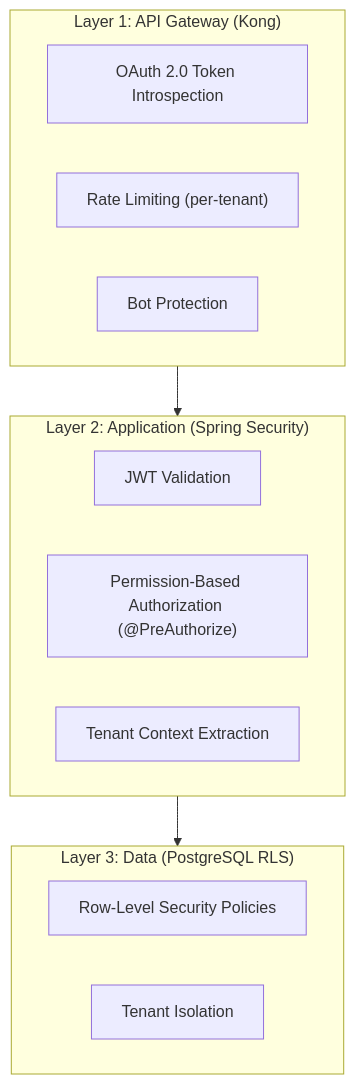
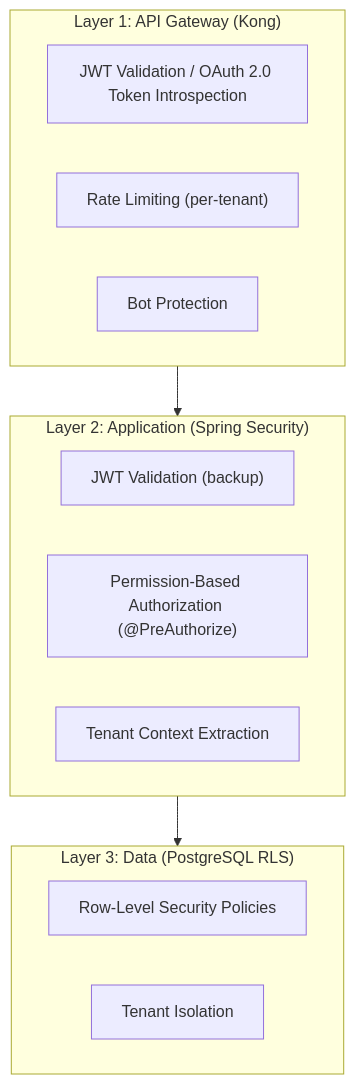
Diagram 21 of 41 in README.md (simbataisa/tcb-paylink-arch), drawn with Mermaid before and after one commit. The commit also changed other lines of this file and 2 other files, not shown here.

````diff
--- a/README.md
+++ b/README.md
@@ -929,21 +937,21 @@
 ```mermaid
 flowchart TB
     subgraph Layer1["Layer 1: API Gateway (Kong)"]
-        L1A["OAuth 2.0 Token Introspection"]
+        L1A["JWT Validation / OAuth 2.0 Token Introspection"]
         L1B["Rate Limiting (per-tenant)"]
         L1C["Bot Protection"]
     end
 
     subgraph Layer2["Layer 2: Application (Spring Security)"]
-        L2A["JWT Validation"]
+        L2A["JWT Validation (backup)"]
         L2B["Permission-Based Authorization (@PreAuthorize)"]
         L2C["Tenant Context Extraction"]
     end
 
     subgraph Layer3["Layer 3: Data (PostgreSQL RLS)"]
         L3A["Row-Level Security Policies"]
         L3B["Tenant Isolation"]
     end
 
     Layer1 --> Layer2 --> Layer3
 ```
````
